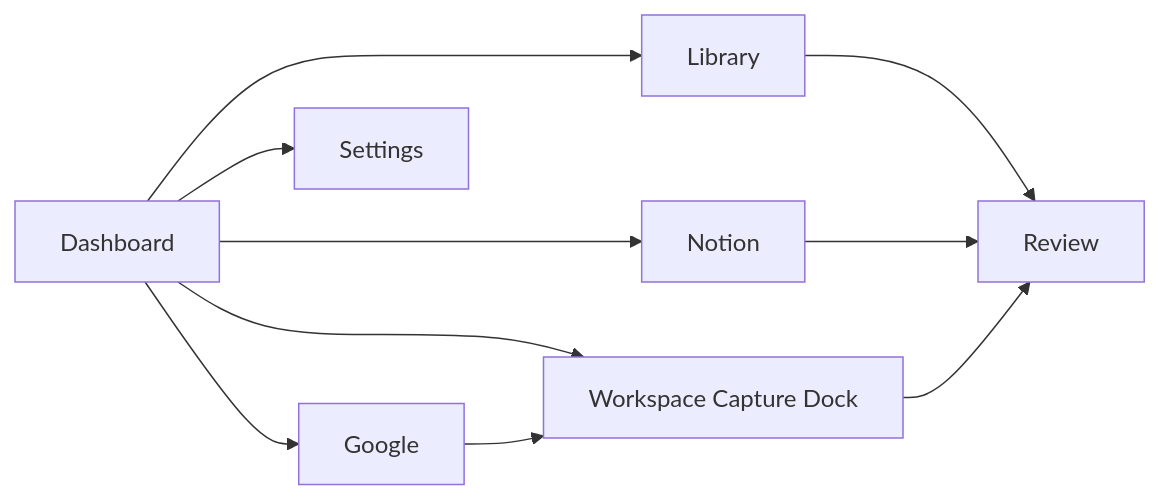
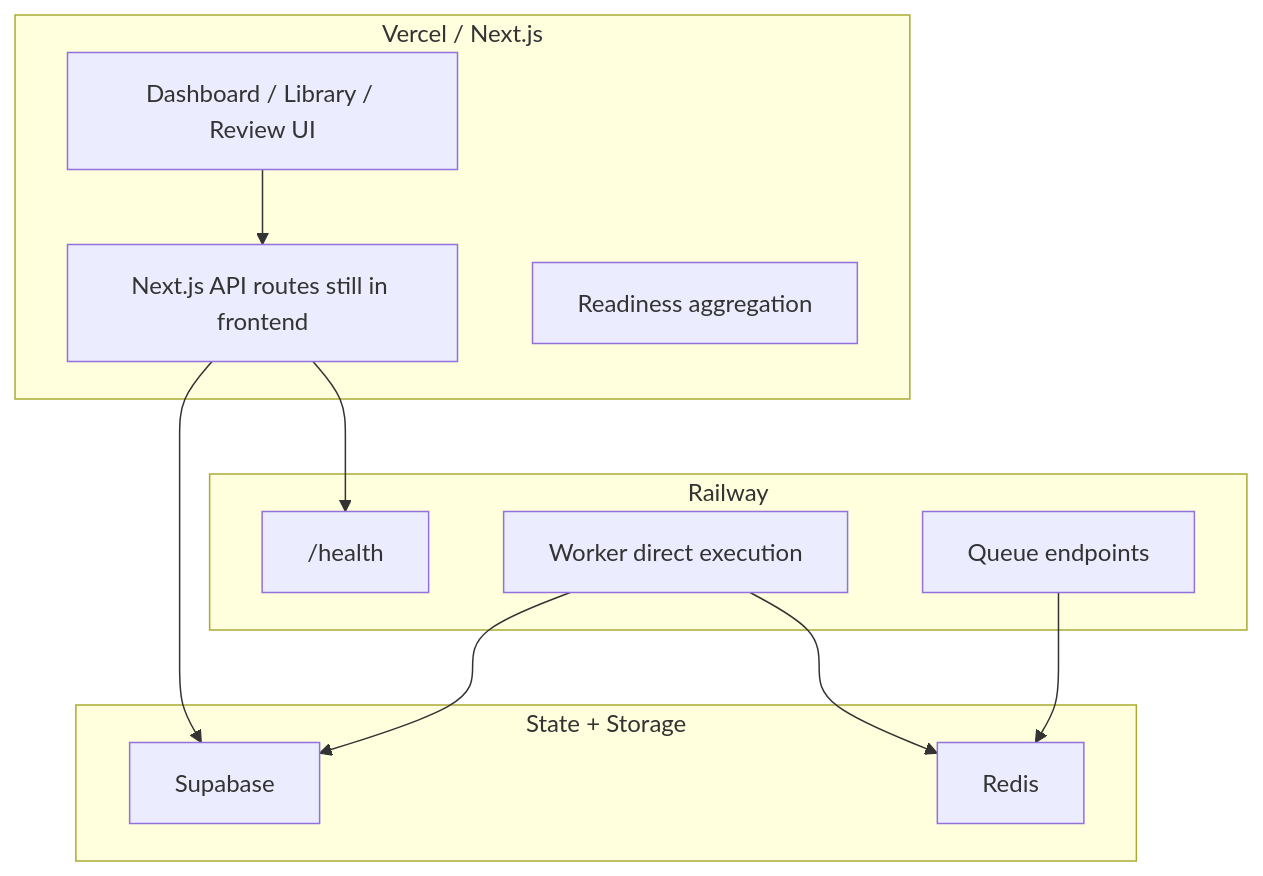
The second of 12 diagrams in docs/production-readiness-report.md (krishna0605/NextStop.AI-Web), drawn with Mermaid before and after one commit. The commit also changed other lines of this file and 120 other files, not shown here.

Commit message:
feat(web): harden durable meeting flows, ops readiness, and local auth

````diff
--- a/docs/production-readiness-report.md
+++ b/docs/production-readiness-report.md
@@ -90,12 +95,26 @@
 ```mermaid
-flowchart LR
-  A["Dashboard"] --> B["Workspace Capture Dock"]
-  A --> C["Library"]
-  A --> D["Google"]
-  A --> E["Notion"]
-  A --> F["Settings"]
-  C --> G["Review"]
-  D --> B
-  E --> G
-  B --> G
+flowchart TB
+    subgraph Frontend["Vercel / Next.js"]
+      A["Dashboard / Library / Review UI"]
+      B["Next.js API routes still in frontend"]
+      C["Readiness aggregation"]
+    end
+
+    subgraph Backend["Railway"]
+      D["/health"]
+      E["Worker direct execution"]
+      F["Queue endpoints"]
+    end
+
+    subgraph Data["State + Storage"]
+      G["Supabase"]
+      H["Redis"]
+    end
+
+    A --> B
+    B --> D
+    B --> G
+    F --> H
+    E --> H
+    E --> G
 ```
````
